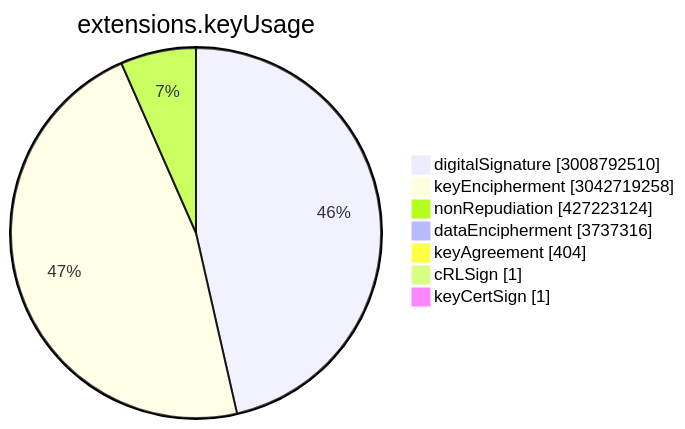
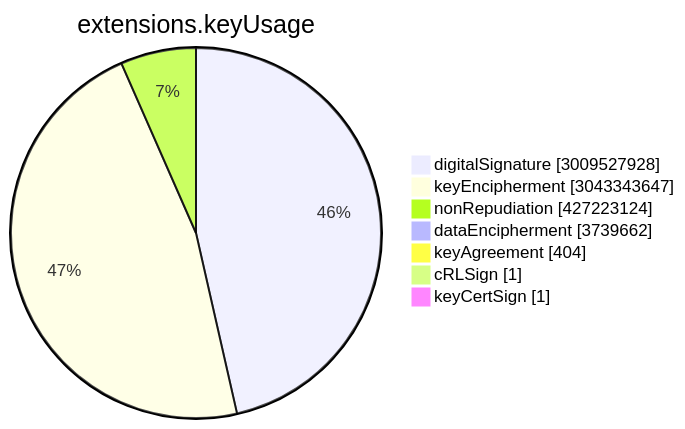
One commit to christiankrug/ctmonitor_visualization changed the sixth of 15 diagrams in TOTAL/README.md. Above: the diagram before and after it, drawn with Mermaid. The commit also changed other lines of this file, not shown here.

````diff
--- a/TOTAL/README.md
+++ b/TOTAL/README.md
@@ -3076,11 +3076,11 @@
 ```mermaid
 pie showData
 title extensions.keyUsage
-"digitalSignature" :3008792510
-"keyEncipherment" :3042719258
+"digitalSignature" :3009527928
+"keyEncipherment" :3043343647
 "nonRepudiation" :427223124
-"dataEncipherment" :3737316
+"dataEncipherment" :3739662
 "keyAgreement" :404
 "cRLSign" :1
 "keyCertSign" :1
 ```
````
